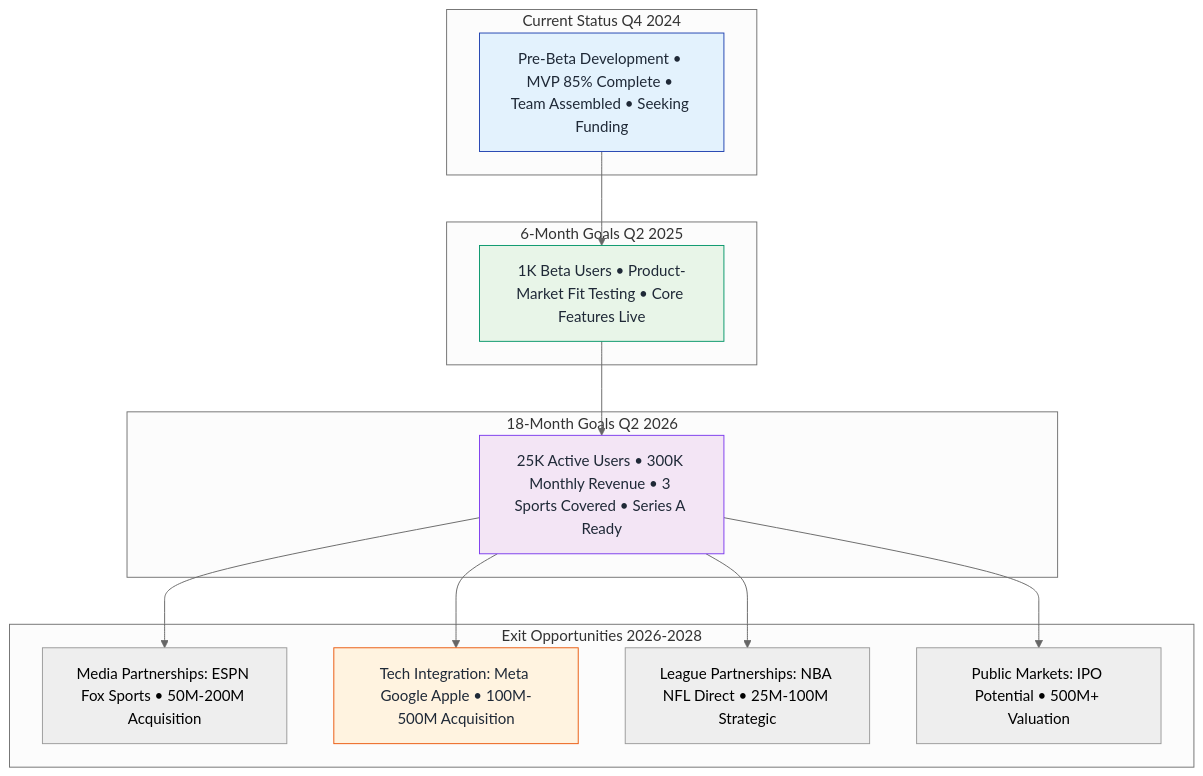
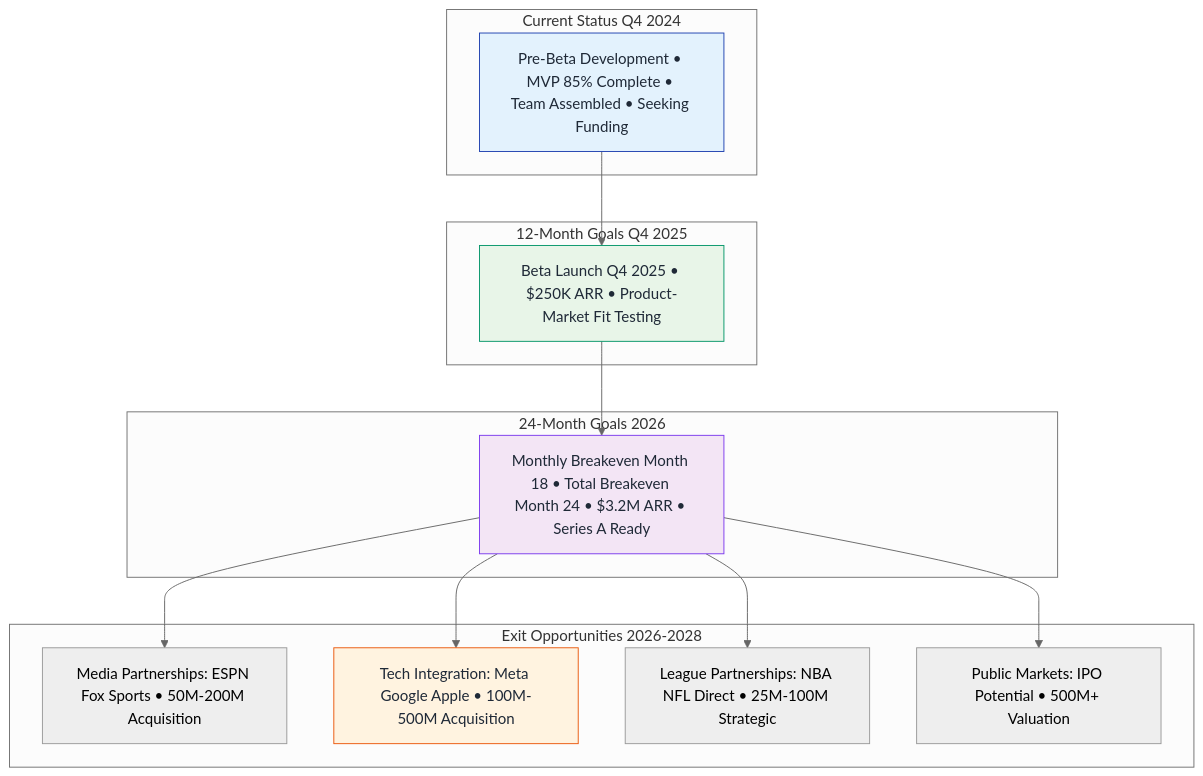
Before and after one commit to SkaFld-Ignite/ref-u-wireframes: the sixth of 7 diagrams in docs/investor-flows.md, drawn with Mermaid (neutral theme). The commit also changed other lines of this file and 1 other file, not shown here.

First line of the commit message:
Update financial projections and timeline

````diff
--- a/docs/investor-flows.md
+++ b/docs/investor-flows.md
@@ -243,33 +243,33 @@
 ```mermaid
 graph TB
     subgraph "Current Status Q4 2024"
         A1[Pre-Beta Development • MVP 85% Complete • Team Assembled • Seeking Funding]
     end
     
-    subgraph "6-Month Goals Q2 2025"
-        B1[1K Beta Users • Product-Market Fit Testing • Core Features Live]
+    subgraph "12-Month Goals Q4 2025"
+        B1[Beta Launch Q4 2025 • $250K ARR • Product-Market Fit Testing]
     end
     
-    subgraph "18-Month Goals Q2 2026"
-        C1[25K Active Users • 300K Monthly Revenue • 3 Sports Covered • Series A Ready]
+    subgraph "24-Month Goals 2026"
+        C1[Monthly Breakeven Month 18 • Total Breakeven Month 24 • $3.2M ARR • Series A Ready]
     end
     
     subgraph "Exit Opportunities 2026-2028"
         D1[Media Partnerships: ESPN Fox Sports • 50M-200M Acquisition]
         D2[Tech Integration: Meta Google Apple • 100M-500M Acquisition]
         D3[League Partnerships: NBA NFL Direct • 25M-100M Strategic]
         D4[Public Markets: IPO Potential • 500M+ Valuation]
     end
     
     A1 --> B1
     B1 --> C1
     C1 --> D1
     C1 --> D2
     C1 --> D3
     C1 --> D4
     
     style A1 fill:#e3f2fd,stroke:#1e40af,color:#1f2937
     style B1 fill:#e8f5e8,stroke:#059669,color:#1f2937
     style C1 fill:#f3e5f5,stroke:#7c3aed,color:#1f2937
     style D2 fill:#fff3e0,stroke:#ea580c,color:#1f2937
 ```
````
